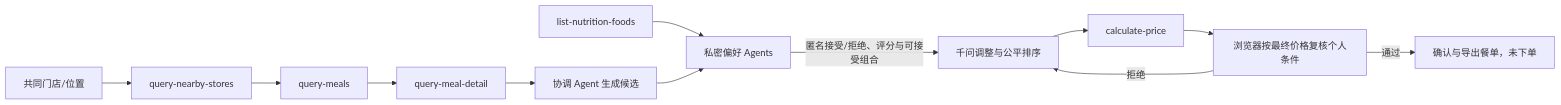
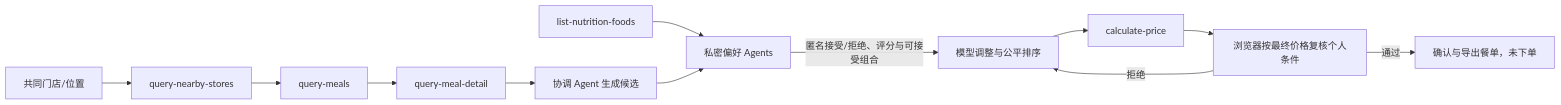
One commit to amazingLH/mcd-secret-table changed the diagram in MCP_INTEGRATION.md. Above: the diagram before and after it, drawn with Mermaid. The commit also changed other lines of this file and 15 other files, not shown here.

````diff
--- a/MCP_INTEGRATION.md
+++ b/MCP_INTEGRATION.md
@@ -34,14 +34,14 @@
 ```mermaid
 flowchart LR
   U[共同门店/位置] --> S[query-nearby-stores]
   S --> M[query-meals]
   M --> D[query-meal-detail]
   D --> P[协调 Agent 生成候选]
   N[list-nutrition-foods] --> A[私密偏好 Agents]
   P --> A
-  A -->|匿名接受/拒绝、评分与可接受组合| C[千问调整与公平排序]
+  A -->|匿名接受/拒绝、评分与可接受组合| C[模型调整与公平排序]
   C --> R[calculate-price]
   R --> H[浏览器按最终价格复核个人条件]
   H -->|拒绝| C
   H -->|通过| O[确认与导出餐单，未下单]
 ```
````
